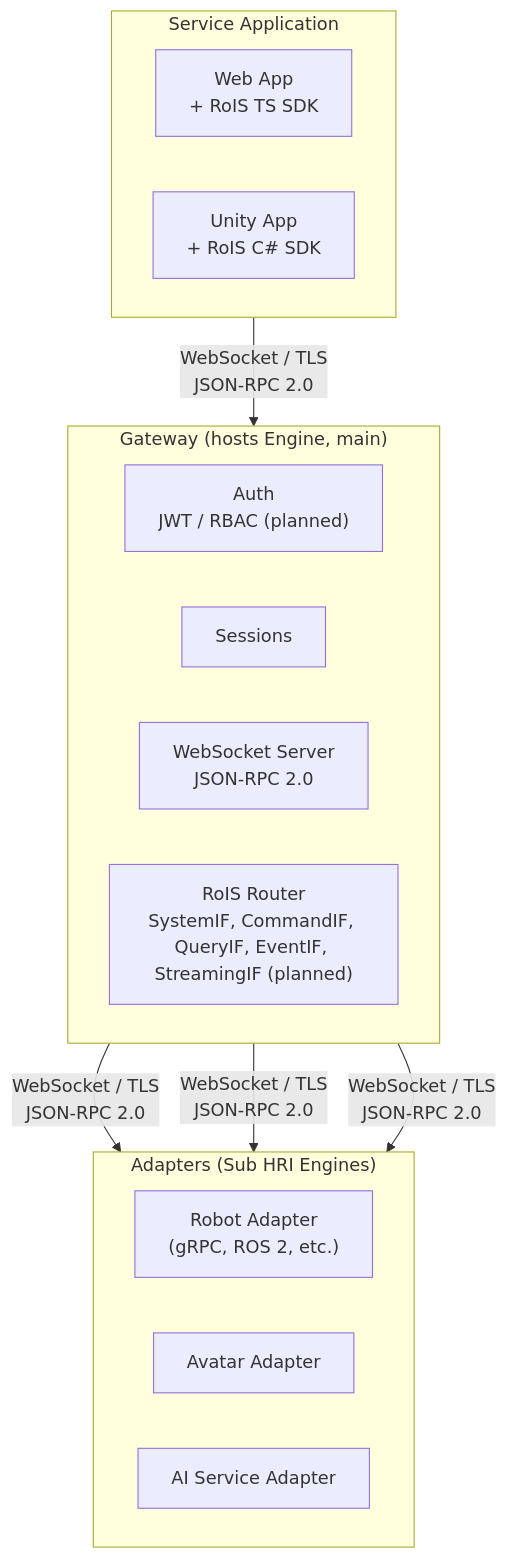
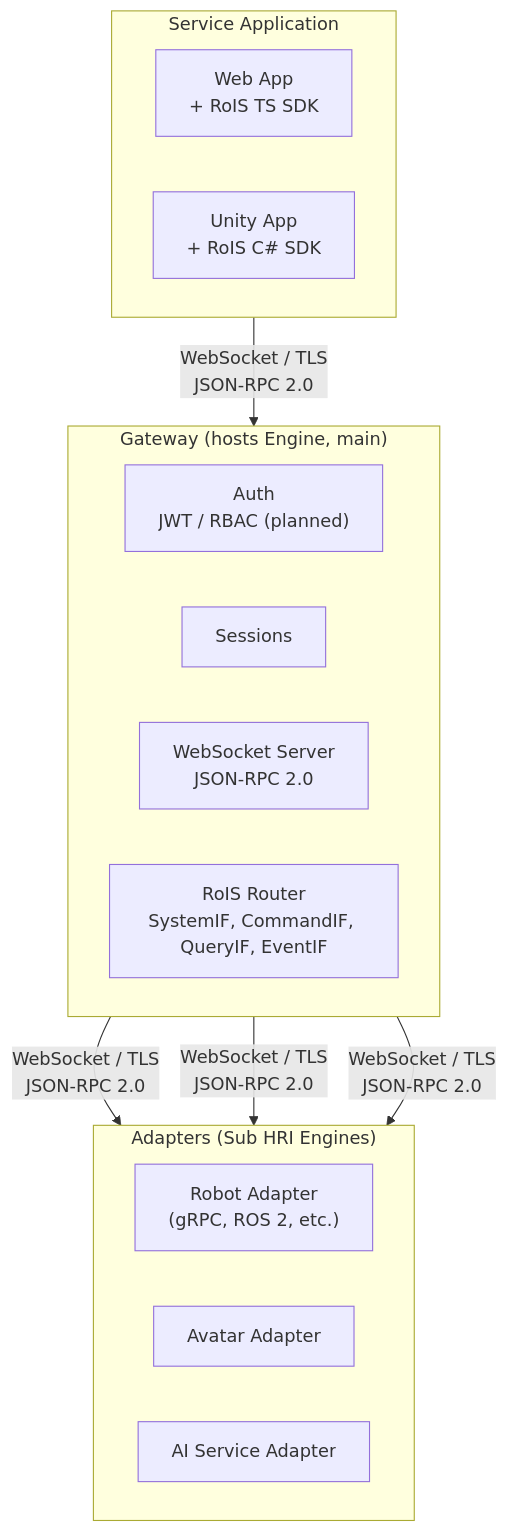
One commit to openrois/openrois changed the fifth of 18 diagrams in docs/white-paper.md. Above: the diagram before and after it, drawn with Mermaid. The commit also changed other lines of this file and 33 other files, not shown here.

````diff
--- a/docs/white-paper.md
+++ b/docs/white-paper.md
@@ -419,28 +434,28 @@
 ```mermaid
 flowchart TB
     subgraph L1["Service Application"]
         direction LR
         WebApp["Web App<br/>+ RoIS TS SDK"]
         UnityApp["Unity App<br/>+ RoIS C# SDK"]
     end
 
     subgraph L2["Gateway (hosts Engine, main)"]
         direction LR
         Auth["Auth<br/>JWT / RBAC (planned)"]
         Session["Sessions"]
         WSServer["WebSocket Server<br/>JSON-RPC 2.0"]
-        Router["RoIS Router<br/>SystemIF, CommandIF, QueryIF, EventIF, StreamingIF (planned)"]
+        Router["RoIS Router<br/>SystemIF, CommandIF, QueryIF, EventIF"]
     end
 
     subgraph L3["Adapters (Sub HRI Engines)"]
         direction LR
         RobotAdapter["Robot Adapter<br/>(gRPC, ROS 2, etc.)"]
         AvatarAdapter["Avatar Adapter"]
         ServiceAdapter["AI Service Adapter"]
     end
 
     L1 -->|"WebSocket / TLS<br/>JSON-RPC 2.0"| L2
     L2 -->|"WebSocket / TLS<br/>JSON-RPC 2.0"| RobotAdapter
     L2 -->|"WebSocket / TLS<br/>JSON-RPC 2.0"| AvatarAdapter
     L2 -->|"WebSocket / TLS<br/>JSON-RPC 2.0"| ServiceAdapter
 ```
````
